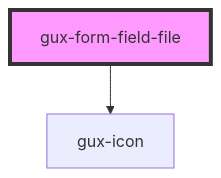
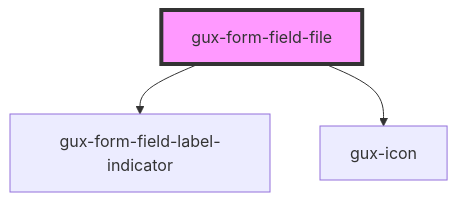
The diagram in packages/genesys-spark-components/src/components/stable/gux-form-field/components/gux-form-field-file/readme.md (MyPureCloud/genesys-spark), drawn with Mermaid before and after one commit. The commit also changed other lines of this file and 24 other files, not shown here.

````diff
--- a/packages/genesys-spark-components/src/components/stable/gux-form-field/components/gux-form-field-file/readme.md
+++ b/packages/genesys-spark-components/src/components/stable/gux-form-field/components/gux-form-field-file/readme.md
@@ -32,5 +34,6 @@
 ```mermaid
 graph TD;
+  gux-form-field-file --> gux-form-field-label-indicator
   gux-form-field-file --> gux-icon
   style gux-form-field-file fill:#f9f,stroke:#333,stroke-width:4px
 ```
````
